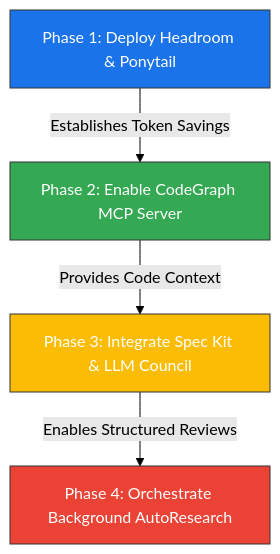
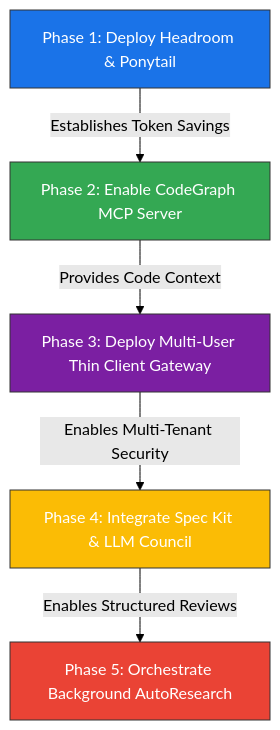
Before and after one commit to rjmad1/AegisOS: the second of 2 diagrams in docs/uawos_integration/09_final_report.md, drawn with Mermaid (forest theme). The commit also changed other lines of this file and 25 other files, not shown here.

Commit message:
feat(integration): integrate open-webui thin client and implement capability lifecycle manager

````diff
--- a/docs/uawos_integration/09_final_report.md
+++ b/docs/uawos_integration/09_final_report.md
@@ -64,12 +64,14 @@
 ```mermaid
 graph TD
     %% Roadmap Workflow
     PH1[Phase 1: Deploy Headroom & Ponytail] -->|Establishes Token Savings| PH2[Phase 2: Enable CodeGraph MCP Server]
-    PH2 -->|Provides Code Context| PH3[Phase 3: Integrate Spec Kit & LLM Council]
-    PH3 -->|Enables Structured Reviews| PH4[Phase 4: Orchestrate Background AutoResearch]
+    PH2 -->|Provides Code Context| PH3[Phase 3: Deploy Multi-User Thin Client Gateway]
+    PH3 -->|Enables Multi-Tenant Security| PH4[Phase 4: Integrate Spec Kit & LLM Council]
+    PH4 -->|Enables Structured Reviews| PH5[Phase 5: Orchestrate Background AutoResearch]
 
     style PH1 fill:#1a73e8,stroke:#333,stroke-width:1px,color:#fff
     style PH2 fill:#34a853,stroke:#333,stroke-width:1px,color:#fff
-    style PH3 fill:#fbbc05,stroke:#333,stroke-width:1px,color:#fff
-    style PH4 fill:#ea4335,stroke:#333,stroke-width:1px,color:#fff
+    style PH3 fill:#7b1fa2,stroke:#333,stroke-width:1px,color:#fff
+    style PH4 fill:#fbbc05,stroke:#333,stroke-width:1px,color:#fff
+    style PH5 fill:#ea4335,stroke:#333,stroke-width:1px,color:#fff
 ```
````
